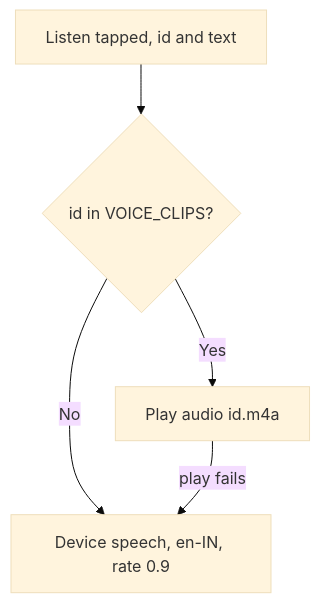
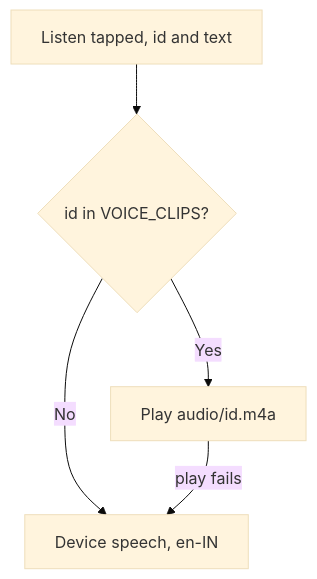
Before and after one commit to tgopinath/udambu: the fifth of 9 diagrams in ARCHITECTURE.md, drawn with Mermaid (base theme). The commit also changed other lines of this file and 88 other files, not shown here.

````diff
--- a/ARCHITECTURE.md
+++ b/ARCHITECTURE.md
@@ -113,7 +157,7 @@
 ```mermaid
 flowchart TD
   B["Listen tapped, id and text"] --> K{"id in VOICE_CLIPS?"}
-  K -- Yes --> A["Play audio id.m4a"]
-  K -- No --> SP["Device speech, en-IN, rate 0.9"]
+  K -- Yes --> A["Play audio/id.m4a"]
+  K -- No --> SP["Device speech, en-IN"]
   A -- "play fails" --> SP
 ```
````
